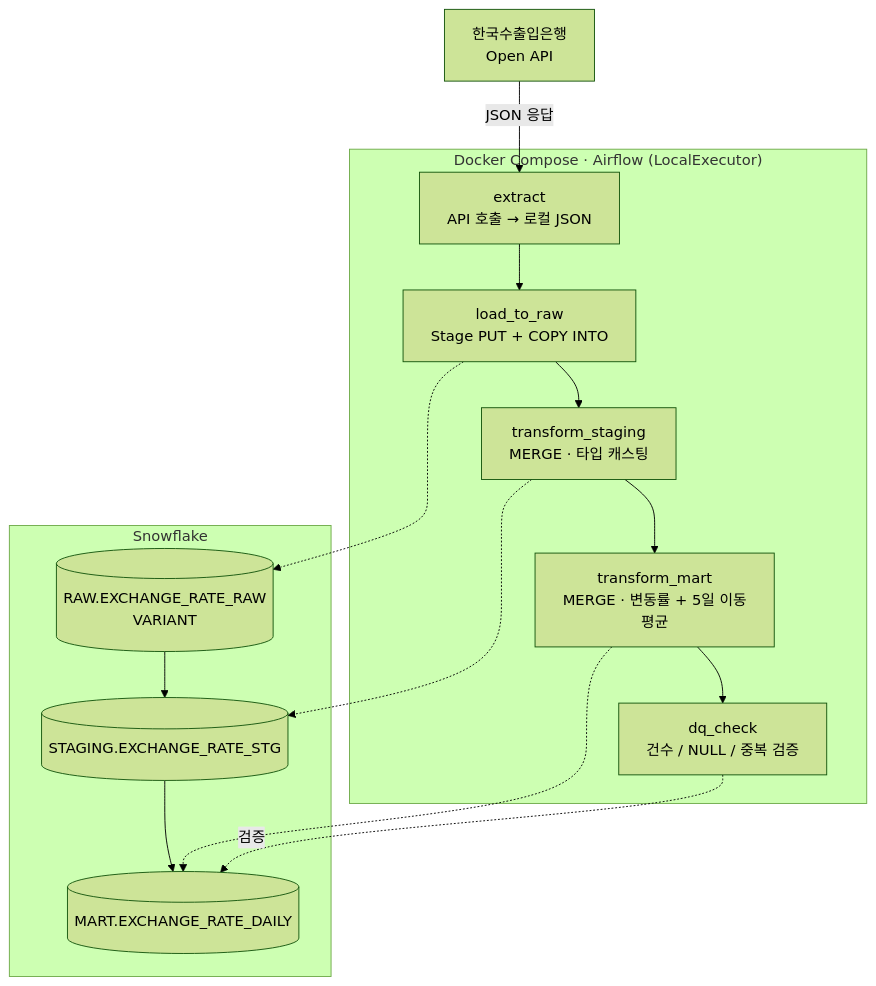
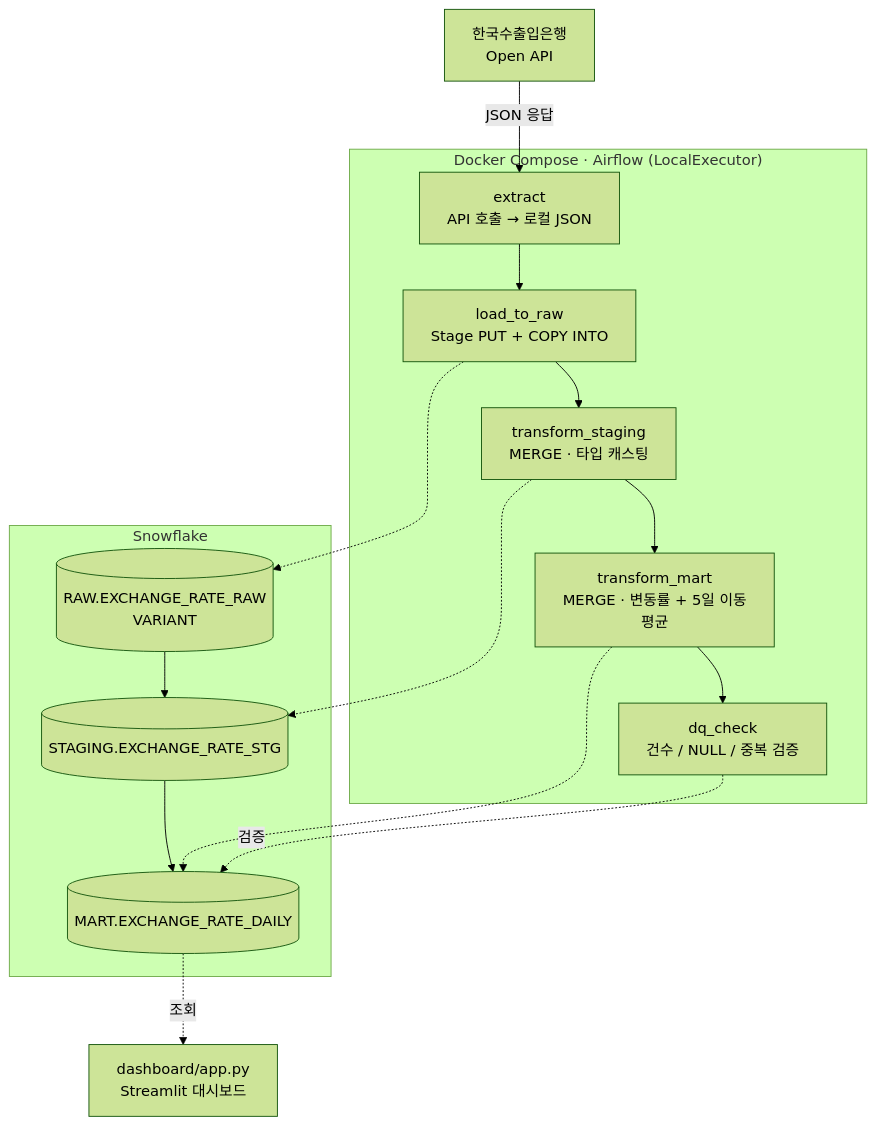
One commit to devleeeasy/exchange-flow changed the diagram in README.md. Above: the diagram before and after it, drawn with Mermaid (forest theme). The commit also changed other lines of this file, not shown here.

First line of the commit message:
docs: README 전체 구조 정리 및 대시보드 반영

````diff
--- a/README.md
+++ b/README.md
@@ -9,20 +19,23 @@
 ```mermaid
 flowchart TD
     API["한국수출입은행<br/>Open API"] -->|JSON 응답| extract
 
     subgraph Airflow["Docker Compose · Airflow (LocalExecutor)"]
         extract["extract<br/>API 호출 → 로컬 JSON"] --> load_to_raw["load_to_raw<br/>Stage PUT + COPY INTO"]
         load_to_raw --> transform_staging["transform_staging<br/>MERGE · 타입 캐스팅"]
         transform_staging --> transform_mart["transform_mart<br/>MERGE · 변동률 + 5일 이동평균"]
         transform_mart --> dq_check["dq_check<br/>건수 / NULL / 중복 검증"]
     end
 
     subgraph Snowflake["Snowflake"]
         RAW[("RAW.EXCHANGE_RATE_RAW<br/>VARIANT")] --> STAGING[("STAGING.EXCHANGE_RATE_STG")] --> MART[("MART.EXCHANGE_RATE_DAILY")]
     end
 
+    Dashboard["dashboard/app.py<br/>Streamlit 대시보드"]
+
     load_to_raw -.-> RAW
     transform_staging -.-> STAGING
     transform_mart -.-> MART
     dq_check -.검증.-> MART
+    MART -.조회.-> Dashboard
 ```
````
